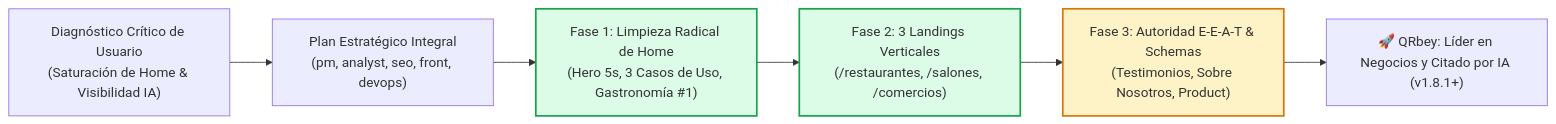
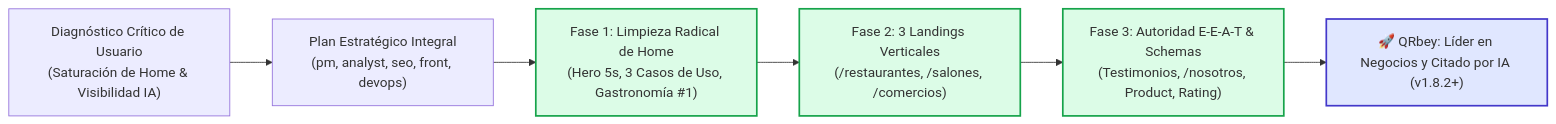
One commit to paolapaz202504/QRgenerator changed the diagram in PROJECT_STATUS_QRGENERATOR.md. Above: the diagram before and after it, drawn with Mermaid. The commit also changed other lines of this file and 15 other files, not shown here.

Commit message:
feat(eeat): Fase 3 completada con testimonios de negocios, /nosotros, schemas Product/Rating y arranque instantaneo v1.8.2

````diff
--- a/PROJECT_STATUS_QRGENERATOR.md
+++ b/PROJECT_STATUS_QRGENERATOR.md
@@ -12,12 +12,13 @@
 ```mermaid
 flowchart LR
     A["Diagnóstico Crítico de Usuario\n(Saturación de Home & Visibilidad IA)"] --> B["Plan Estratégico Integral\n(pm, analyst, seo, front, devops)"]
     B --> C["Fase 1: Limpieza Radical de Home\n(Hero 5s, 3 Casos de Uso, Gastronomía #1)"]
     C --> D["Fase 2: 3 Landings Verticales\n(/restaurantes, /salones, /comercios)"]
-    D --> E["Fase 3: Autoridad E-E-A-T & Schemas\n(Testimonios, Sobre Nosotros, Product)"]
-    E --> F["🚀 QRbey: Líder en Negocios y Citado por IA (v1.8.1+)"]
+    D --> E["Fase 3: Autoridad E-E-A-T & Schemas\n(Testimonios, /nosotros, Product, Rating)"]
+    E --> F["🚀 QRbey: Líder en Negocios y Citado por IA (v1.8.2+)"]
     
     style C fill:#dcfce7,stroke:#16a34a,stroke-width:2px
     style D fill:#dcfce7,stroke:#16a34a,stroke-width:2px
-    style E fill:#fef3c7,stroke:#d97706,stroke-width:2px
+    style E fill:#dcfce7,stroke:#16a34a,stroke-width:2px
+    style F fill:#e0e7ff,stroke:#4338ca,stroke-width:2px
 ```
````
